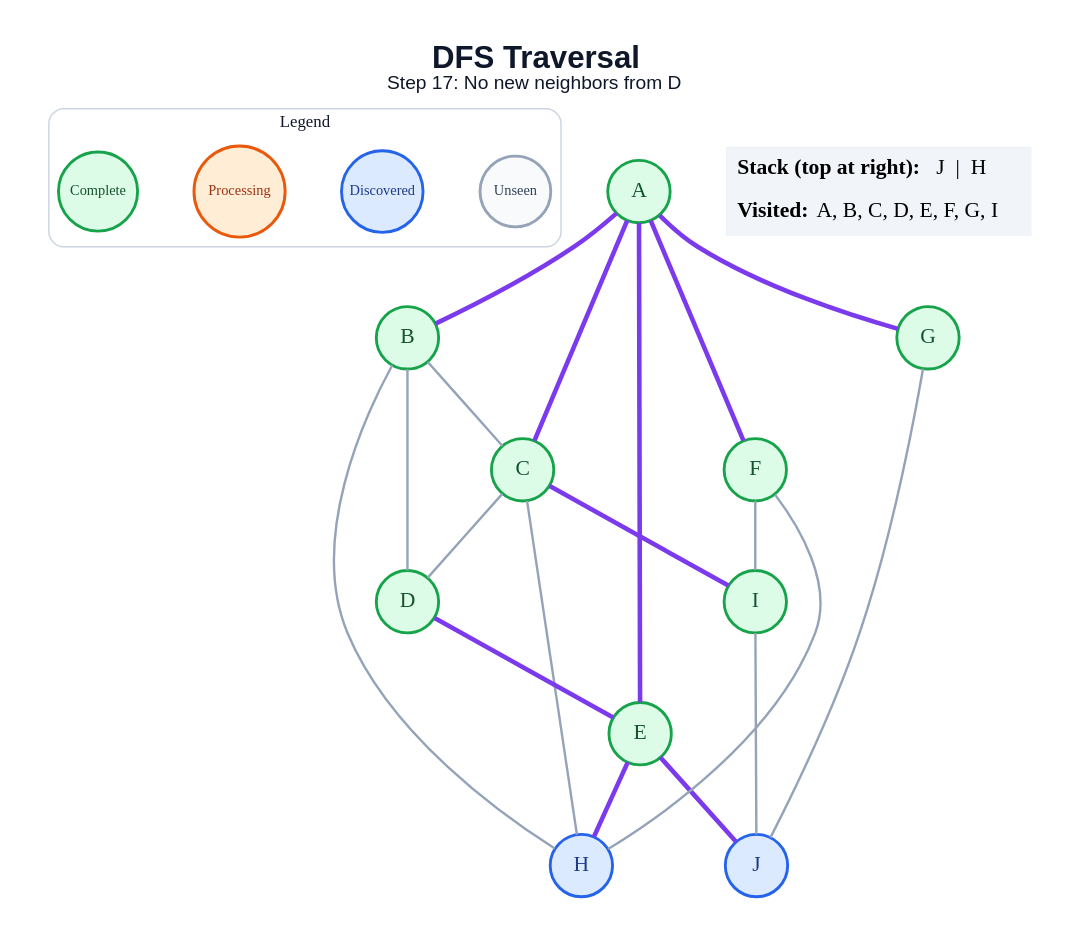
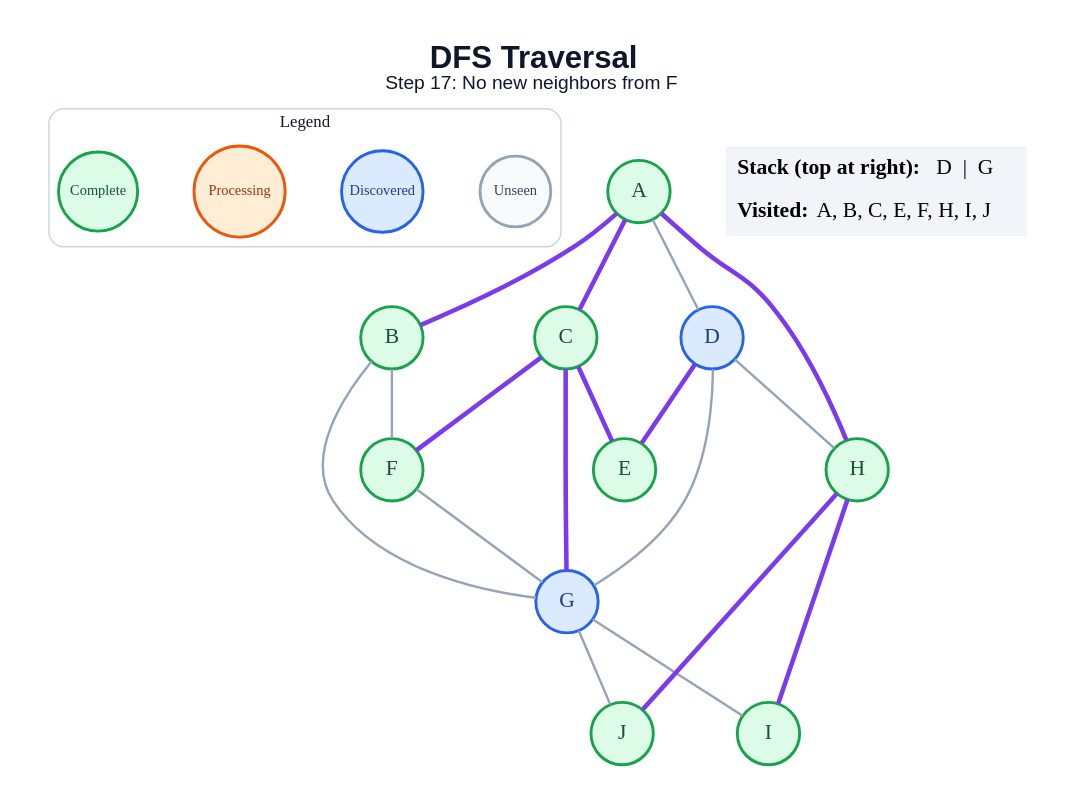
The diagram in generated/specific-node/dfs/step_17.dot (amanghodawala9/ai-slop), drawn with Graphviz before and after one commit. The commit also changed 178 other files, not shown here.

```diff
--- a/generated/specific-node/dfs/step_17.dot
+++ b/generated/specific-node/dfs/step_17.dot
@@ -1,47 +1,46 @@
 graph traversal {
   graph [layout=dot, rankdir=TB, bgcolor="#FFFFFF", pad="0.35", nodesep="0.65", ranksep="0.8", fontname="Arial"];
   node [shape=circle, style="filled", fontname="Arial Bold", fontsize=18, width=0.72, fixedsize=true, penwidth=2.4];
   edge [color="#94A3B8", penwidth=2.0];
-  label=<<B>DFS Traversal</B><BR/><FONT POINT-SIZE="16">Step 17: No new neighbors from D</FONT>>; labelloc="t"; fontsize=26; fontname="Arial"; fontcolor="#0F172A";
+  label=<<B>DFS Traversal</B><BR/><FONT POINT-SIZE="16">Step 17: No new neighbors from F</FONT>>; labelloc="t"; fontsize=26; fontname="Arial"; fontcolor="#0F172A";
   subgraph cluster_legend { label="Legend"; color="#CBD5E1"; penwidth=1.2; style="rounded"; fontsize=14; fontname="Arial Bold";
     key_unseen [label="Unseen", fillcolor="#F8FAFC", color="#94A3B8", fontcolor="#334155", fontsize=12, width=0.82];
     key_frontier [label="Discovered", fillcolor="#DBEAFE", color="#2563EB", fontcolor="#1E3A8A", fontsize=12, width=0.95];
     key_current [label="Processing", fillcolor="#FFEDD5", color="#EA580C", fontcolor="#9A3412", fontsize=12, width=1.05];
     key_done [label="Complete", fillcolor="#DCFCE7", color="#16A34A", fontcolor="#14532D", fontsize=12, width=0.92];
     { rank=same; key_unseen; key_frontier; key_current; key_done; }
   }
   A [fillcolor="#DCFCE7", color="#16A34A", fontcolor="#14532D"];
   B [fillcolor="#DCFCE7", color="#16A34A", fontcolor="#14532D"];
   C [fillcolor="#DCFCE7", color="#16A34A", fontcolor="#14532D"];
-  D [fillcolor="#DCFCE7", color="#16A34A", fontcolor="#14532D"];
+  D [fillcolor="#DBEAFE", color="#2563EB", fontcolor="#1E3A8A"];
   E [fillcolor="#DCFCE7", color="#16A34A", fontcolor="#14532D"];
   F [fillcolor="#DCFCE7", color="#16A34A", fontcolor="#14532D"];
-  G [fillcolor="#DCFCE7", color="#16A34A", fontcolor="#14532D"];
-  H [fillcolor="#DBEAFE", color="#2563EB", fontcolor="#1E3A8A"];
+  G [fillcolor="#DBEAFE", color="#2563EB", fontcolor="#1E3A8A"];
+  H [fillcolor="#DCFCE7", color="#16A34A", fontcolor="#14532D"];
   I [fillcolor="#DCFCE7", color="#16A34A", fontcolor="#14532D"];
-  J [fillcolor="#DBEAFE", color="#2563EB", fontcolor="#1E3A8A"];
+  J [fillcolor="#DCFCE7", color="#16A34A", fontcolor="#14532D"];
   A -- B [color="#7C3AED", penwidth=3.8];
   A -- C [color="#7C3AED", penwidth=3.8];
-  A -- E [color="#7C3AED", penwidth=3.8];
-  A -- F [color="#7C3AED", penwidth=3.8];
-  A -- G [color="#7C3AED", penwidth=3.8];
-  B -- C;
-  B -- D;
-  B -- H;
-  C -- D;
-  C -- H;
-  C -- I [color="#7C3AED", penwidth=3.8];
+  A -- D;
+  A -- H [color="#7C3AED", penwidth=3.8];
+  B -- F;
+  B -- G;
+  C -- E [color="#7C3AED", penwidth=3.8];
+  C -- F [color="#7C3AED", penwidth=3.8];
+  C -- G [color="#7C3AED", penwidth=3.8];
   D -- E [color="#7C3AED", penwidth=3.8];
-  E -- H [color="#7C3AED", penwidth=3.8];
-  E -- J [color="#7C3AED", penwidth=3.8];
-  F -- H;
-  F -- I;
+  D -- G;
+  D -- H;
+  F -- G;
+  G -- I;
   G -- J;
-  I -- J;
+  H -- I [color="#7C3AED", penwidth=3.8];
+  H -- J [color="#7C3AED", penwidth=3.8];
   status [shape=plain, fixedsize=false, width=0, height=0, margin=0, label=<
     <TABLE BORDER="0" CELLBORDER="0" CELLPADDING="7" BGCOLOR="#F1F5F9">
-      <TR><TD ALIGN="LEFT"><B>Stack (top at right):</B> J  |  H</TD></TR>
-      <TR><TD ALIGN="LEFT"><B>Visited:</B> A, B, C, D, E, F, G, I</TD></TR>
+      <TR><TD ALIGN="LEFT"><B>Stack (top at right):</B> D  |  G</TD></TR>
+      <TR><TD ALIGN="LEFT"><B>Visited:</B> A, B, C, E, F, H, I, J</TD></TR>
     </TABLE>
   >];
 }
```
